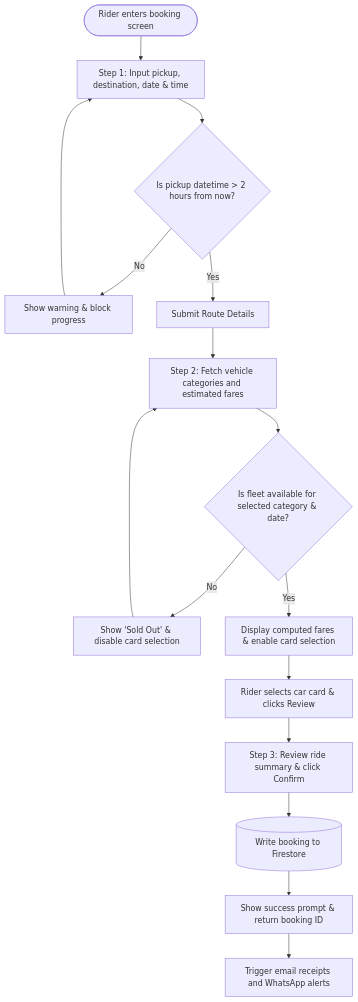
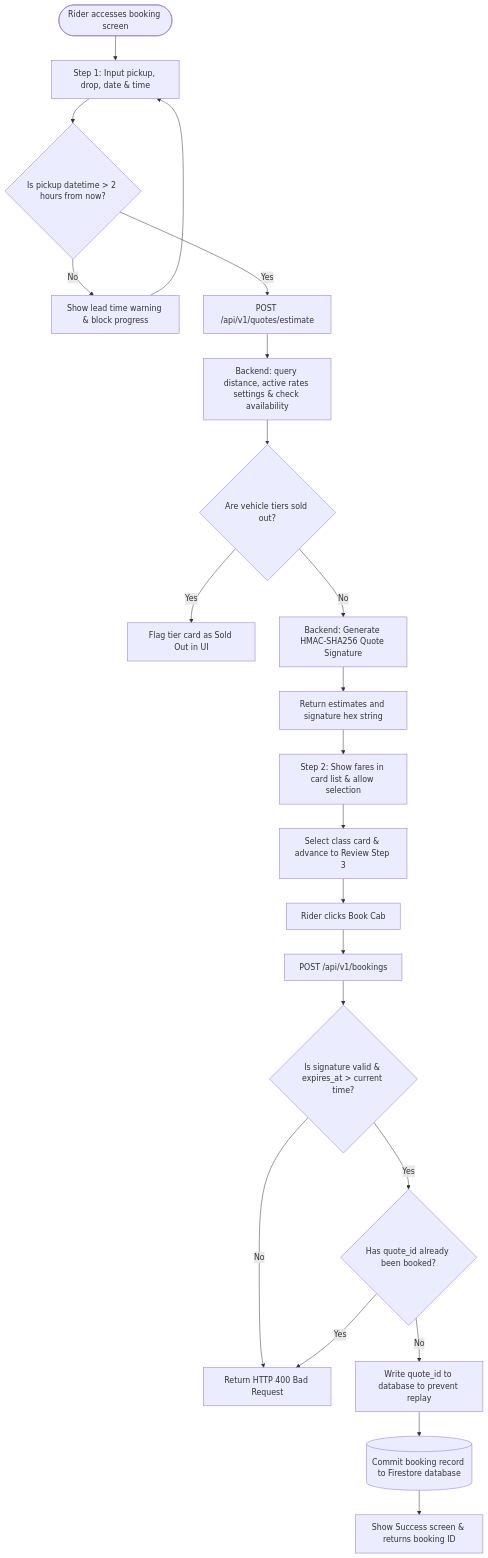
One commit to ishanm03/cab-website-cloud changed the fourth of 5 diagrams in docs/application_design.md. Above: the diagram before and after it, drawn with Mermaid. The commit also changed other lines of this file, not shown here.

````diff
--- a/docs/application_design.md
+++ b/docs/application_design.md
@@ -156,24 +146,32 @@
 ```mermaid
 flowchart TD
-    Start([Rider enters booking screen]) --> Step1[Step 1: Input pickup, destination, date & time]
+    Start([Rider accesses booking screen]) --> Step1[Step 1: Input pickup, drop, date & time]
     Step1 --> VerifyLead{Is pickup datetime > 2 hours from now?}
     
-    VerifyLead -- "No" --> RejectTime[Show warning & block progress]
+    VerifyLead -- "No" --> RejectTime[Show lead time warning & block progress]
     RejectTime --> Step1
     
-    VerifyLead -- "Yes" --> SubmitStep1[Submit Route Details]
-    SubmitStep1 --> Step2[Step 2: Fetch vehicle categories and estimated fares]
+    VerifyLead -- "Yes" --> RequestQuote[POST /api/v1/quotes/estimate]
+    RequestQuote --> BackendCalc[Backend: query distance, active rates settings & check availability]
     
-    Step2 --> CheckInv{Is fleet available for selected category & date?}
-    CheckInv -- "No" --> ShowSoldOut[Show 'Sold Out' & disable card selection]
-    CheckInv -- "Yes" --> ShowFares[Display computed fares & enable card selection]
+    BackendCalc --> CheckInv{Are vehicle tiers sold out?}
+    CheckInv -- "Yes" --> ShowSoldOut[Flag tier card as Sold Out in UI]
+    CheckInv -- "No" --> SignQuote[Backend: Generate HMAC-SHA256 Quote Signature]
     
-    ShowFares --> SelectCar[Rider selects car card & clicks Review]
-    ShowSoldOut --> Step2
+    SignQuote --> ReturnQuote[Return estimates and signature hex string]
+    ReturnQuote --> DisplayFares[Step 2: Show fares in card list & allow selection]
+    DisplayFares --> SelectCar[Select class card & advance to Review Step 3]
     
-    SelectCar --> Step3[Step 3: Review ride summary & click Confirm]
-    Step3 --> WriteDB[(Write booking to Firestore)]
+    SelectCar --> ReviewScreen[Rider clicks Book Cab]
+    ReviewScreen --> CreateBooking[POST /api/v1/bookings]
     
-    WriteDB --> SuccessScreen[Show success prompt & return booking ID]
-    SuccessScreen --> TriggerNotifications[Trigger email receipts and WhatsApp alerts]
+    CreateBooking --> VerifySig{Is signature valid & expires_at > current time?}
+    VerifySig -- "No" --> RejectBooking[Return HTTP 400 Bad Request]
+    VerifySig -- "Yes" --> CheckReplay{Has quote_id already been booked?}
+    
+    CheckReplay -- "Yes" --> RejectBooking
+    CheckReplay -- "No" --> RecordNonce[Write quote_id to database to prevent replay]
+    RecordNonce --> CommitBooking[(Commit booking record to Firestore database)]
+    
+    CommitBooking --> SuccessScreen[Show Success screen & returns booking ID]
 ```
````
